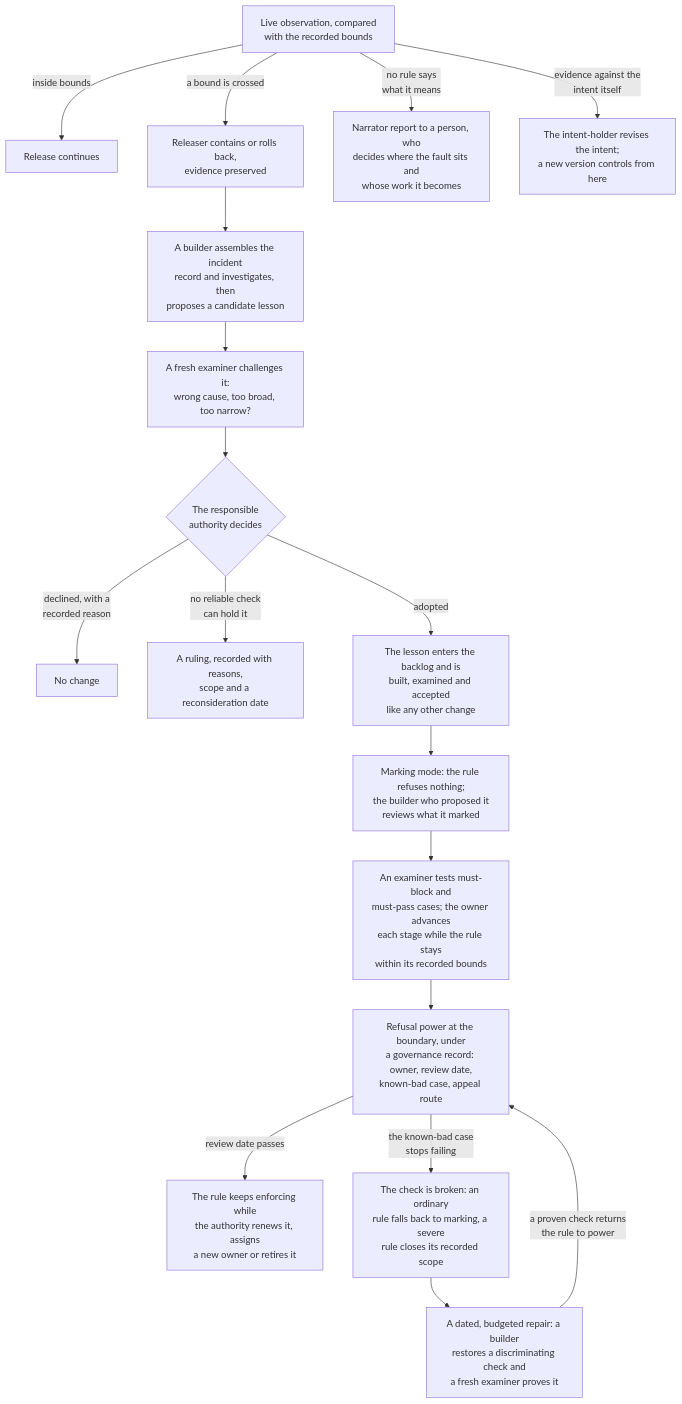
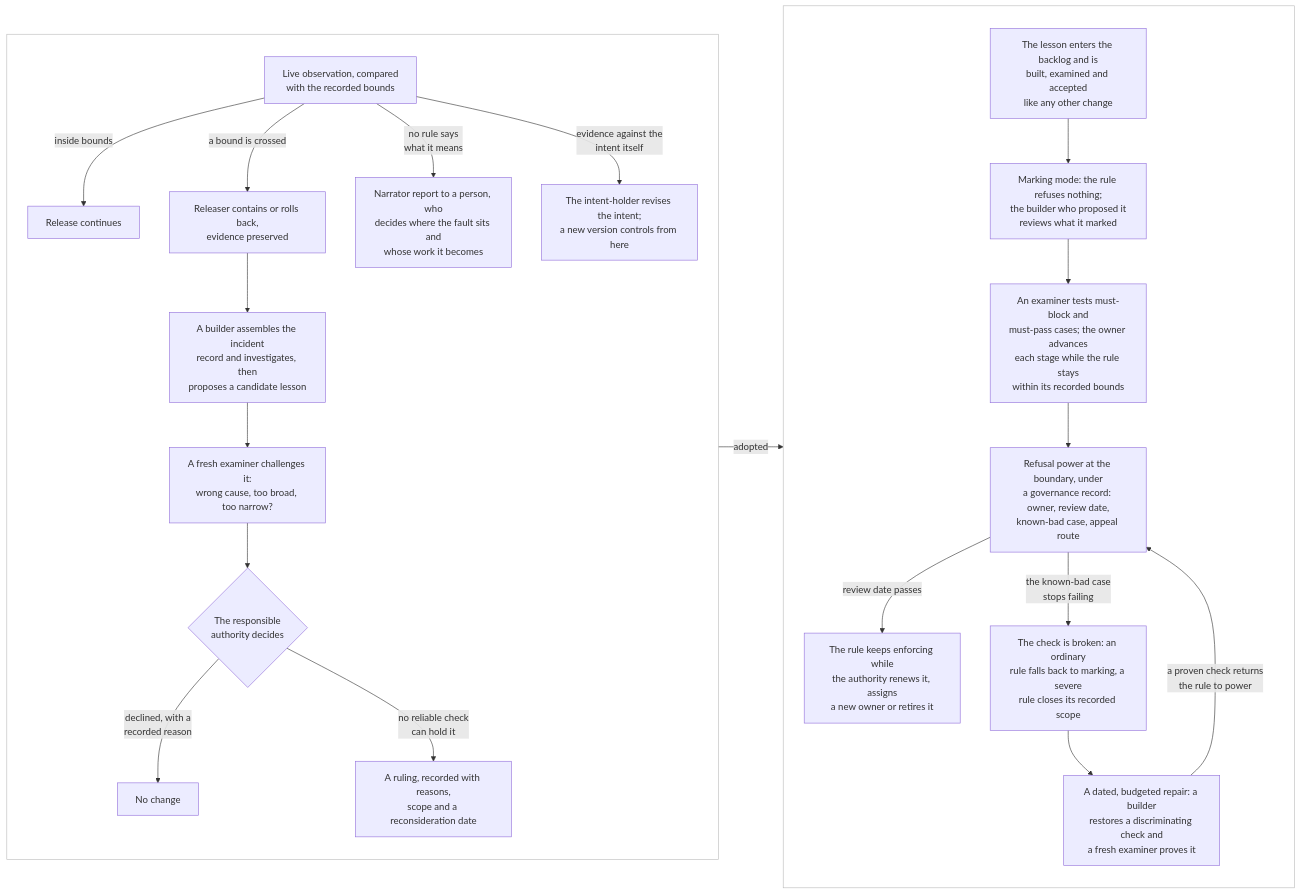
Before and after one commit to widoriezebos/agentic-tools: the fourth of 4 diagrams in metasystem/docs/paper/18-appendix-functional-design.md, drawn with Mermaid. The commit also changed 12 other files, not shown here.

````diff
--- a/metasystem/docs/paper/18-appendix-functional-design.md
+++ b/metasystem/docs/paper/18-appendix-functional-design.md
@@ -98,20 +98,28 @@
 ```mermaid
-flowchart TD
-    OBS["Live observation, compared<br/>with the recorded bounds"] -->|"inside bounds"| GO["Release continues"]
-    OBS -->|"a bound is crossed"| CTN["Releaser contains or rolls back,<br/>evidence preserved"]
-    OBS -->|"no rule says<br/>what it means"| NR["Narrator report to a person, who<br/>decides where the fault sits and<br/>whose work it becomes"]
-    CTN --> INV["A builder assembles the incident<br/>record and investigates, then<br/>proposes a candidate lesson"]
-    INV --> CH["A fresh examiner challenges it:<br/>wrong cause, too broad, too narrow?"]
-    CH --> AUTH{"The responsible<br/>authority decides"}
-    AUTH -->|"declined, with a<br/>recorded reason"| NOCH["No change"]
-    AUTH -->|"no reliable check<br/>can hold it"| RUL["A ruling, recorded with reasons,<br/>scope and a reconsideration date"]
-    AUTH -->|"adopted"| BL["The lesson enters the backlog and is<br/>built, examined and accepted<br/>like any other change"]
-    BL --> MARK["Marking mode: the rule refuses nothing;<br/>the builder who proposed it<br/>reviews what it marked"]
-    MARK --> STAGE["An examiner tests must-block and<br/>must-pass cases; the owner advances<br/>each stage while the rule stays<br/>within its recorded bounds"]
-    STAGE --> GATE["Refusal power at the boundary, under<br/>a governance record: owner, review date,<br/>known-bad case, appeal route"]
-    GATE -->|"review date passes"| RENEW["The rule keeps enforcing while<br/>the authority renews it, assigns<br/>a new owner or retires it"]
-    GATE -->|"the known-bad case<br/>stops failing"| BROKEN["The check is broken: an ordinary<br/>rule falls back to marking, a severe<br/>rule closes its recorded scope"]
-    BROKEN --> REPAIR["A dated, budgeted repair: a builder<br/>restores a discriminating check and<br/>a fresh examiner proves it"]
-    REPAIR -->|"a proven check returns<br/>the rule to power"| GATE
-    OBS -->|"evidence against the<br/>intent itself"| REV["The intent-holder revises the intent;<br/>a new version controls from here"]
+flowchart LR
+    subgraph observe [" "]
+        direction TB
+        OBS["Live observation, compared<br/>with the recorded bounds"] -->|"inside bounds"| GO["Release continues"]
+        OBS -->|"a bound is crossed"| CTN["Releaser contains or rolls back,<br/>evidence preserved"]
+        OBS -->|"no rule says<br/>what it means"| NR["Narrator report to a person, who<br/>decides where the fault sits and<br/>whose work it becomes"]
+        OBS -->|"evidence against the<br/>intent itself"| REV["The intent-holder revises the intent;<br/>a new version controls from here"]
+        CTN --> INV["A builder assembles the incident<br/>record and investigates, then<br/>proposes a candidate lesson"]
+        INV --> CH["A fresh examiner challenges it:<br/>wrong cause, too broad, too narrow?"]
+        CH --> AUTH{"The responsible<br/>authority decides"}
+        AUTH -->|"declined, with a<br/>recorded reason"| NOCH["No change"]
+        AUTH -->|"no reliable check<br/>can hold it"| RUL["A ruling, recorded with reasons,<br/>scope and a reconsideration date"]
+    end
+    subgraph adopt [" "]
+        direction TB
+        BL["The lesson enters the backlog and is<br/>built, examined and accepted<br/>like any other change"] --> MARK["Marking mode: the rule refuses nothing;<br/>the builder who proposed it<br/>reviews what it marked"]
+        MARK --> STAGE["An examiner tests must-block and<br/>must-pass cases; the owner advances<br/>each stage while the rule stays<br/>within its recorded bounds"]
+        STAGE --> GATE["Refusal power at the boundary, under<br/>a governance record: owner, review date,<br/>known-bad case, appeal route"]
+        GATE -->|"review date passes"| RENEW["The rule keeps enforcing while<br/>the authority renews it, assigns<br/>a new owner or retires it"]
+        GATE -->|"the known-bad case<br/>stops failing"| BROKEN["The check is broken: an ordinary<br/>rule falls back to marking, a severe<br/>rule closes its recorded scope"]
+        BROKEN --> REPAIR["A dated, budgeted repair: a builder<br/>restores a discriminating check and<br/>a fresh examiner proves it"]
+        REPAIR -->|"a proven check returns<br/>the rule to power"| GATE
+    end
+    observe -->|"adopted"| adopt
+    style observe fill:none,stroke:#BBBBBB,stroke-width:1px
+    style adopt fill:none,stroke:#BBBBBB,stroke-width:1px
 ```
````
